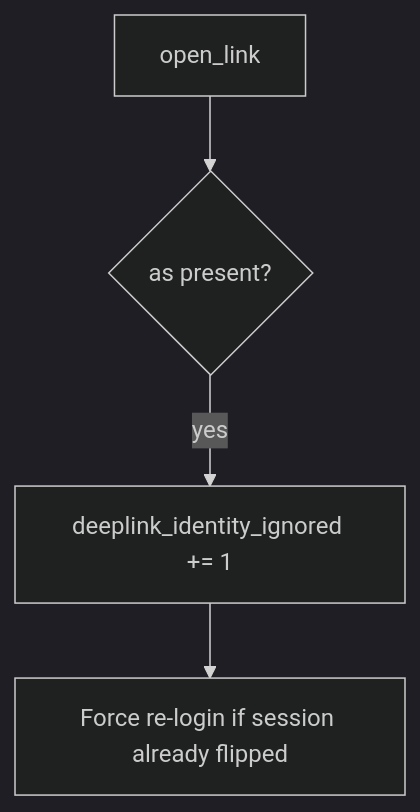
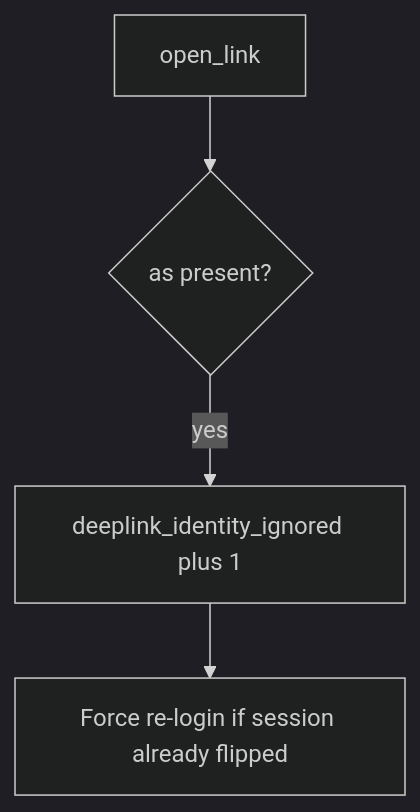
One commit to ishitvagoel/LearnSecurity changed the diagram in content/modules/8/8.3/lessons/06-operate.md. Above: the diagram before and after it, drawn with Mermaid (dark theme). The commit also changed other lines of this file and 28 other files, not shown here.

````diff
--- a/content/modules/8/8.3/lessons/06-operate.md
+++ b/content/modules/8/8.3/lessons/06-operate.md
@@ -13,6 +13,6 @@
 ```mermaid
 flowchart TD
   Link[open_link] --> As{as present?}
-  As -->|yes| Metric["deeplink_identity_ignored += 1"]
+  As -->|yes| Metric["deeplink_identity_ignored plus 1"]
   Metric --> Relogin[Force re-login if session already flipped]
 ```
````
